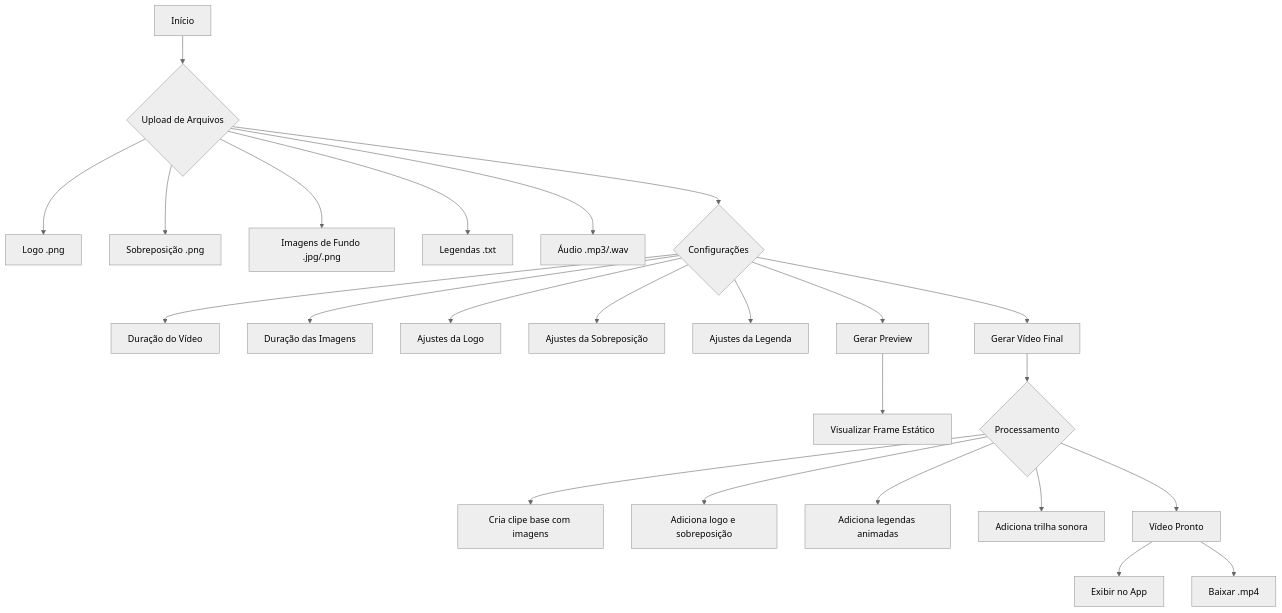
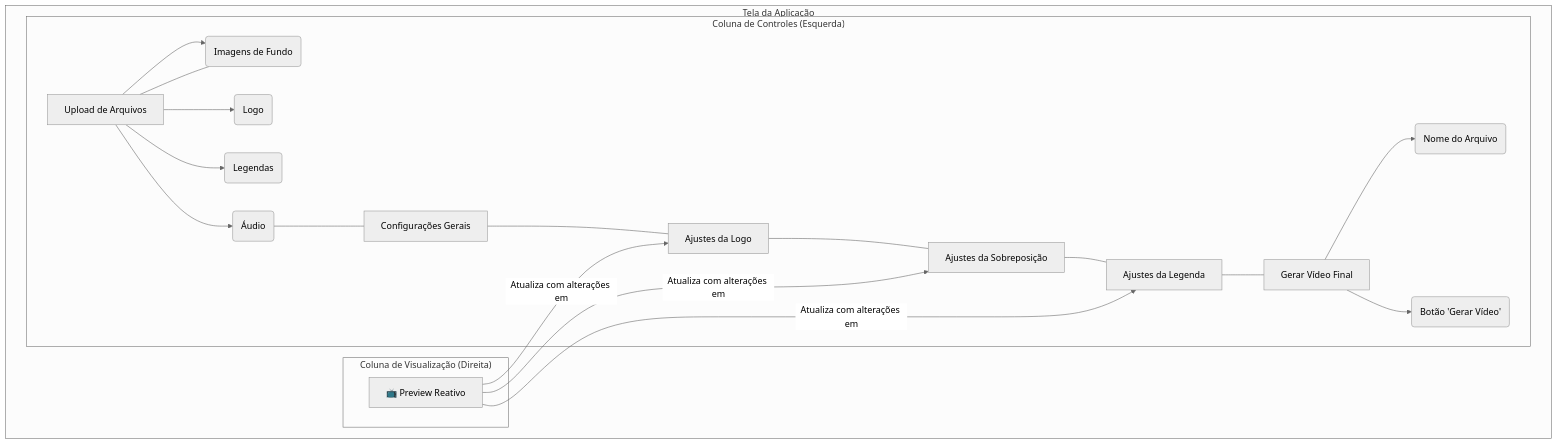
The diagram in README.md (ecodelearn/instagram_reels_editor), drawn with Mermaid (neutral theme) before and after one commit. The commit also changed other lines of this file, not shown here.

Commit message:
docs: Atualiza README com novas funcionalidades

````diff
--- a/README.md
+++ b/README.md
@@ -11,30 +11,32 @@
 ```mermaid
 graph TD
-    A[Início] --> B{Upload de Arquivos};
-    B --> B1[Logo .png];
-    B --> B2[Sobreposição .png];
-    B --> B3[Imagens de Fundo .jpg/.png];
-    B --> B4[Legendas .txt];
-    B --> B5[Áudio .mp3/.wav];
-
-    B --> C{Configurações};
-    C --> C1[Duração do Vídeo];
-    C --> C2[Duração das Imagens];
-    C --> C3[Ajustes da Logo];
-    C --> C4[Ajustes da Sobreposição];
-    C --> C5[Ajustes da Legenda];
-
-    C --> D[Gerar Preview];
-    D --> E[Visualizar Frame Estático];
-
-    C --> F[Gerar Vídeo Final];
-    F --> G{Processamento};
-    G --> G1[Cria clipe base com imagens];
-    G --> G2[Adiciona logo e sobreposição];
-    G --> G3[Adiciona legendas animadas];
-    G --> G4[Adiciona trilha sonora];
-
-    G --> H[Vídeo Pronto];
-    H --> I[Exibir no App];
-    H --> J[Baixar .mp4];
+    subgraph "Tela da Aplicação"
+        direction LR
+        subgraph "Coluna de Controles (Esquerda)"
+            A[Upload de Arquivos] --> B & C & D & E
+            A---
+            B(Imagens de Fundo)
+            C(Logo)
+            D(Legendas)
+            E(Áudio)
+            ---
+            F[Configurações Gerais]
+            F---
+            G[Ajustes da Logo]
+            G---
+            H[Ajustes da Sobreposição]
+            H---
+            I[Ajustes da Legenda]
+            I---
+            J[Gerar Vídeo Final] --> K & L
+            K(Nome do Arquivo)
+            L(Botão 'Gerar Vídeo')
+        end
+        subgraph "Coluna de Visualização (Direita)"
+            P[📺 Preview Reativo]
+            P -- Atualiza com alterações em --> G
+            P -- Atualiza com alterações em --> H
+            P -- Atualiza com alterações em --> I
+        end
+    end
 ```
````
